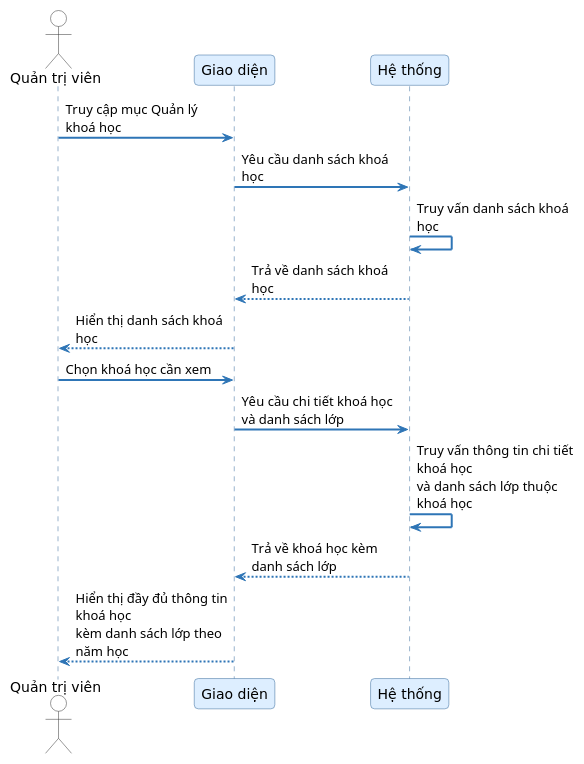
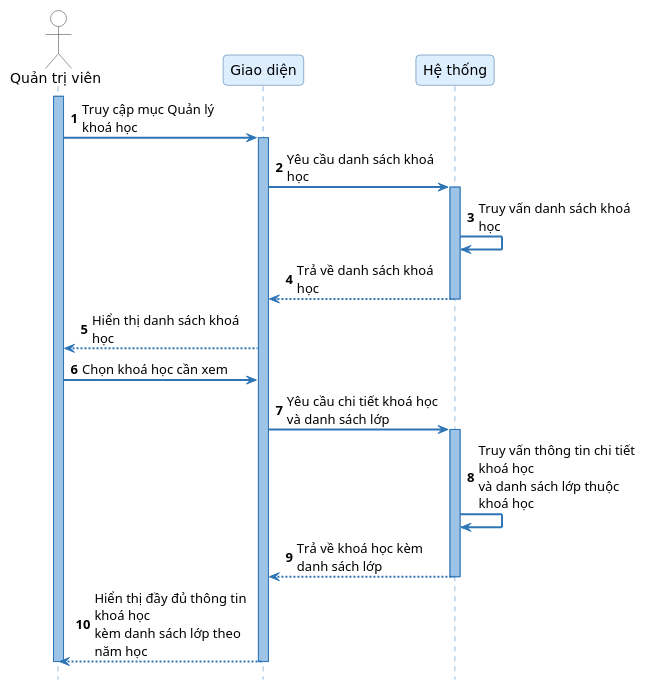
One commit to trantrungno3/ExamHub changed the diagram in uml/seq_diagrams/SD11_xem_khoa_hoc_va_danh_sach_lop.puml. Above: the diagram before and after it, drawn with PlantUML. The commit also changed 100 other files, not shown here.

First line of the commit message:
Refactor sequence diagrams for exam generation and management

```diff
--- a/uml/seq_diagrams/SD11_xem_khoa_hoc_va_danh_sach_lop.puml
+++ b/uml/seq_diagrams/SD11_xem_khoa_hoc_va_danh_sach_lop.puml
@@ -1,38 +1,43 @@
 @startuml SD11_xem_khoa_hoc_va_danh_sach_lop
+autonumber
 skinparam sequenceArrowThickness 2
 skinparam roundcorner 8
 skinparam maxmessagesize 160
 skinparam sequence {
     ArrowColor #2E75B6
     ActorBorderColor #333333
-    LifeLineBorderColor #336699
-    LifeLineBackgroundColor #EEF4FF
+    LifeLineBorderColor #2E75B6
+    LifeLineBackgroundColor #9DC3E6
     ParticipantBorderColor #336699
     ParticipantBackgroundColor #DDEEFF
     ParticipantFontSize 14
     ParticipantFontName "DejaVu Sans"
     ActorBackgroundColor White
     ActorFontName "DejaVu Sans"
     ActorFontSize 14
     NoteBackgroundColor #FFFFCC
     NoteBorderColor #CCCC00
 }
 skinparam fontname "DejaVu Sans"
+hide footbox
 
 actor "Quản trị viên" as Admin
 participant "Giao diện" as FE
 participant "Hệ thống" as SYS
 
-Admin -> FE : Truy cập mục Quản lý khoá học
-FE -> SYS : Yêu cầu danh sách khoá học
+activate Admin
+Admin -> FE ++ : Truy cập mục Quản lý khoá học
+FE -> SYS ++ : Yêu cầu danh sách khoá học
 SYS -> SYS : Truy vấn danh sách khoá học
-SYS --> FE : Trả về danh sách khoá học
+SYS --> FE -- : Trả về danh sách khoá học
 FE --> Admin : Hiển thị danh sách khoá học
 
 Admin -> FE : Chọn khoá học cần xem
-FE -> SYS : Yêu cầu chi tiết khoá học và danh sách lớp
+FE -> SYS ++ : Yêu cầu chi tiết khoá học và danh sách lớp
 SYS -> SYS : Truy vấn thông tin chi tiết khoá học\nvà danh sách lớp thuộc khoá học
-SYS --> FE : Trả về khoá học kèm danh sách lớp
+SYS --> FE -- : Trả về khoá học kèm danh sách lớp
 FE --> Admin : Hiển thị đầy đủ thông tin khoá học\nkèm danh sách lớp theo năm học
+deactivate FE
+deactivate Admin
 
 @enduml
```
